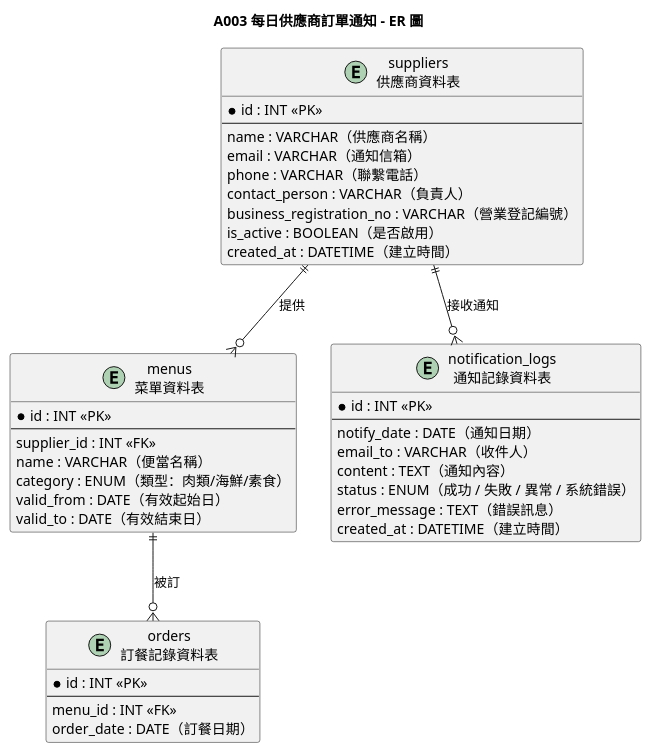
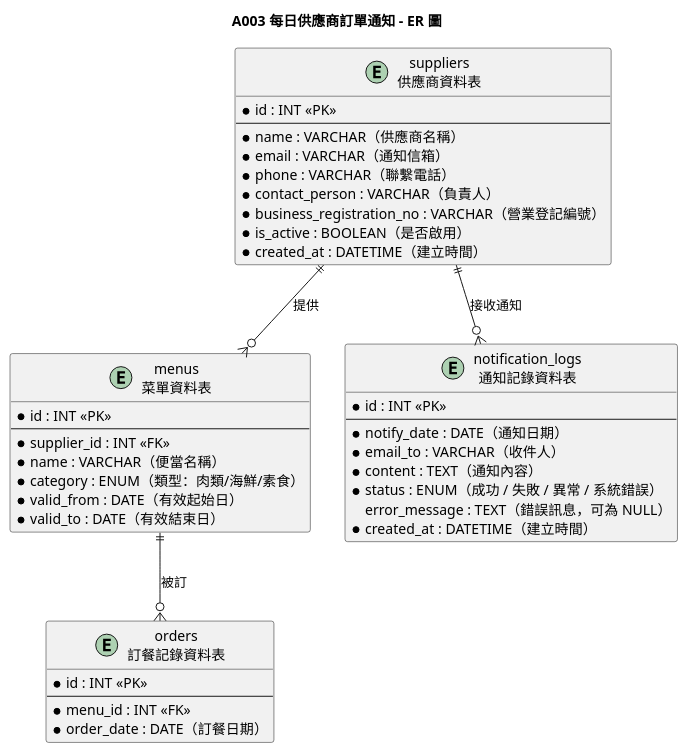
Before and after one commit to teyhawzhe/bento-uml: the diagram in output/A003/A003-er.puml, drawn with PlantUML. The commit also changed 8 other files, not shown here.

```diff
--- a/output/A003/A003-er.puml
+++ b/output/A003/A003-er.puml
@@ -1,49 +1,49 @@
 @startuml A003-er
 
 title A003 每日供應商訂單通知 - ER 圖
 
 entity "suppliers\n供應商資料表" as suppliers {
   * id : INT <<PK>>
   --
-  name : VARCHAR（供應商名稱）
-  email : VARCHAR（通知信箱）
-  phone : VARCHAR（聯繫電話）
-  contact_person : VARCHAR（負責人）
-  business_registration_no : VARCHAR（營業登記編號）
-  is_active : BOOLEAN（是否啟用）
-  created_at : DATETIME（建立時間）
+  * name : VARCHAR（供應商名稱）
+  * email : VARCHAR（通知信箱）
+  * phone : VARCHAR（聯繫電話）
+  * contact_person : VARCHAR（負責人）
+  * business_registration_no : VARCHAR（營業登記編號）
+  * is_active : BOOLEAN（是否啟用）
+  * created_at : DATETIME（建立時間）
 }
 
 entity "menus\n菜單資料表" as menus {
   * id : INT <<PK>>
   --
-  supplier_id : INT <<FK>>
-  name : VARCHAR（便當名稱）
-  category : ENUM（類型：肉類/海鮮/素食）
-  valid_from : DATE（有效起始日）
-  valid_to : DATE（有效結束日）
+  * supplier_id : INT <<FK>>
+  * name : VARCHAR（便當名稱）
+  * category : ENUM（類型：肉類/海鮮/素食）
+  * valid_from : DATE（有效起始日）
+  * valid_to : DATE（有效結束日）
 }
 
 entity "orders\n訂餐記錄資料表" as orders {
   * id : INT <<PK>>
   --
-  menu_id : INT <<FK>>
-  order_date : DATE（訂餐日期）
+  * menu_id : INT <<FK>>
+  * order_date : DATE（訂餐日期）
 }
 
 entity "notification_logs\n通知記錄資料表" as notification_logs {
   * id : INT <<PK>>
   --
-  notify_date : DATE（通知日期）
-  email_to : VARCHAR（收件人）
-  content : TEXT（通知內容）
-  status : ENUM（成功 / 失敗 / 異常 / 系統錯誤）
-  error_message : TEXT（錯誤訊息）
-  created_at : DATETIME（建立時間）
+  * notify_date : DATE（通知日期）
+  * email_to : VARCHAR（收件人）
+  * content : TEXT（通知內容）
+  * status : ENUM（成功 / 失敗 / 異常 / 系統錯誤）
+  error_message : TEXT（錯誤訊息，可為 NULL）
+  * created_at : DATETIME（建立時間）
 }
 
 suppliers ||--o{ menus : "提供"
 menus ||--o{ orders : "被訂"
 suppliers ||--o{ notification_logs : "接收通知"
 
 @enduml
```
